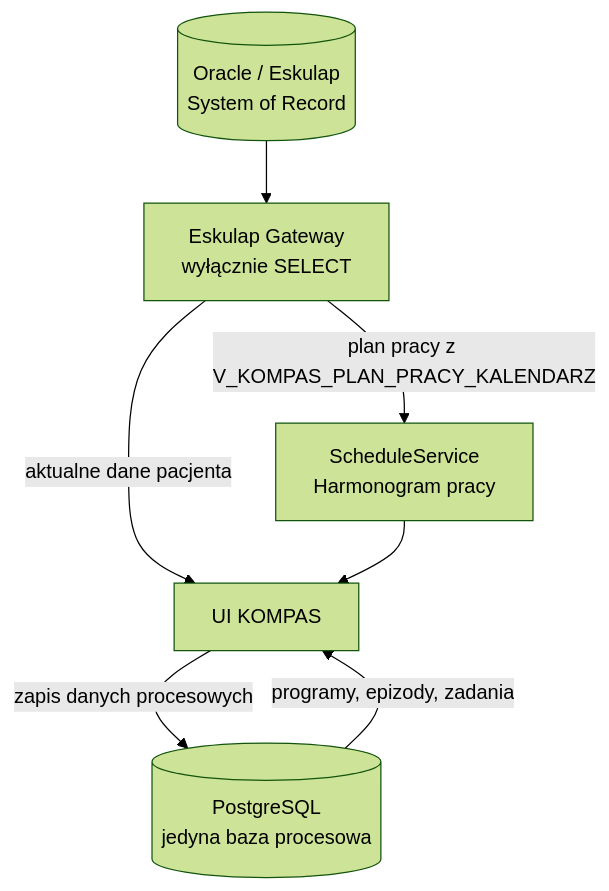
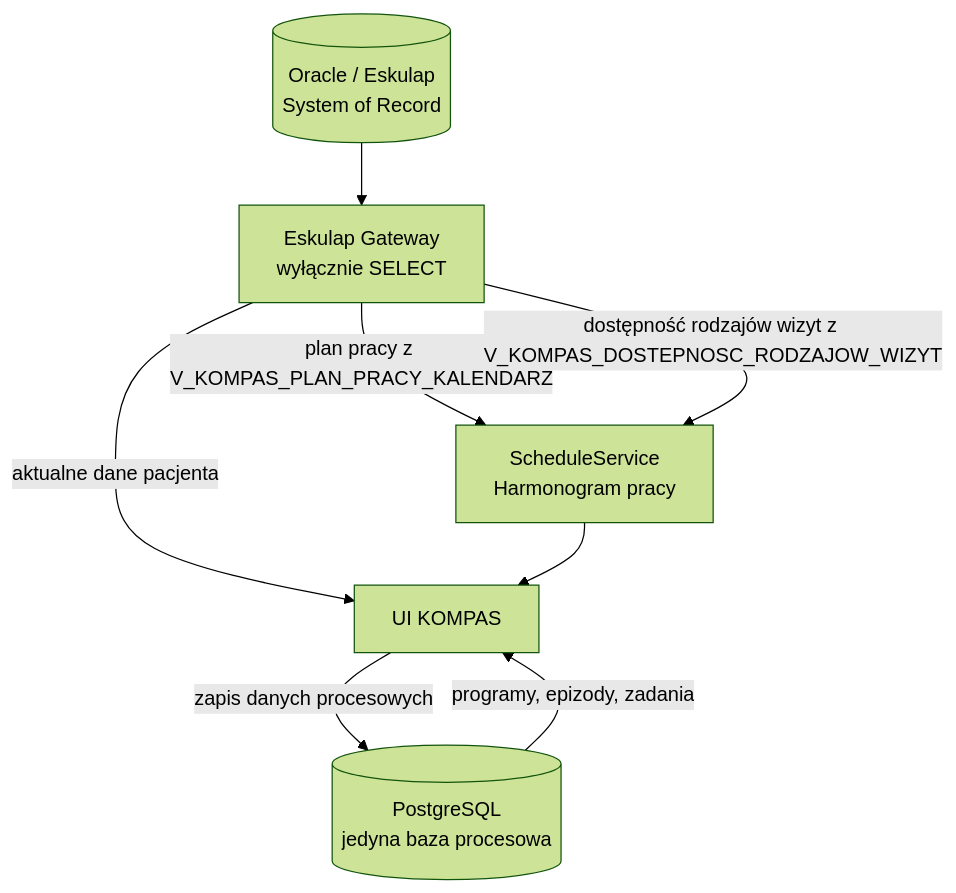
Before and after one commit to psychlodz/panel-koordynatora: the diagram in docs/DATABASE_ARCHITECTURE.md, drawn with Mermaid (forest theme). The commit also changed other lines of this file and 12 other files, not shown here.

Commit message:
SCHEDULE-VISIT-AVAILABILITY-1 — Druga zakładka harmonogramu Dostępność rodzajów wizyt”

````diff
--- a/docs/DATABASE_ARCHITECTURE.md
+++ b/docs/DATABASE_ARCHITECTURE.md
@@ -86,15 +105,16 @@
 ```mermaid
 flowchart TB
     O[("Oracle / Eskulap\nSystem of Record")]
     G["Eskulap Gateway\nwyłącznie SELECT"]
     UI["UI KOMPAS"]
     P[("PostgreSQL\njedyna baza procesowa")]
     S["ScheduleService\nHarmonogram pracy"]
 
     O --> G
     G -->|"aktualne dane pacjenta"| UI
     G -->|"plan pracy z V_KOMPAS_PLAN_PRACY_KALENDARZ"| S
+    G -->|"dostępność rodzajów wizyt z V_KOMPAS_DOSTEPNOSC_RODZAJOW_WIZYT"| S
     S --> UI
     P -->|"programy, epizody, zadania"| UI
     UI -->|"zapis danych procesowych"| P
 ```
````
